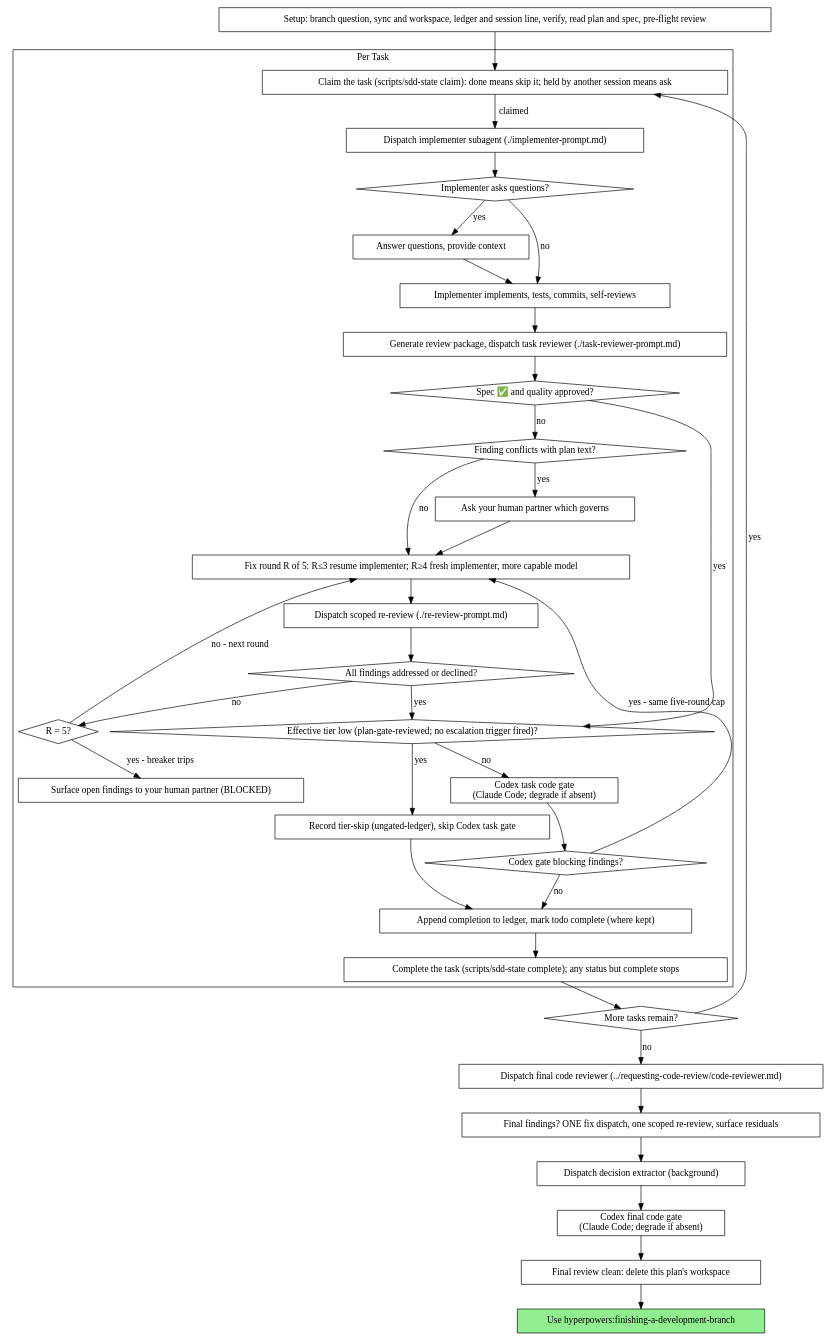
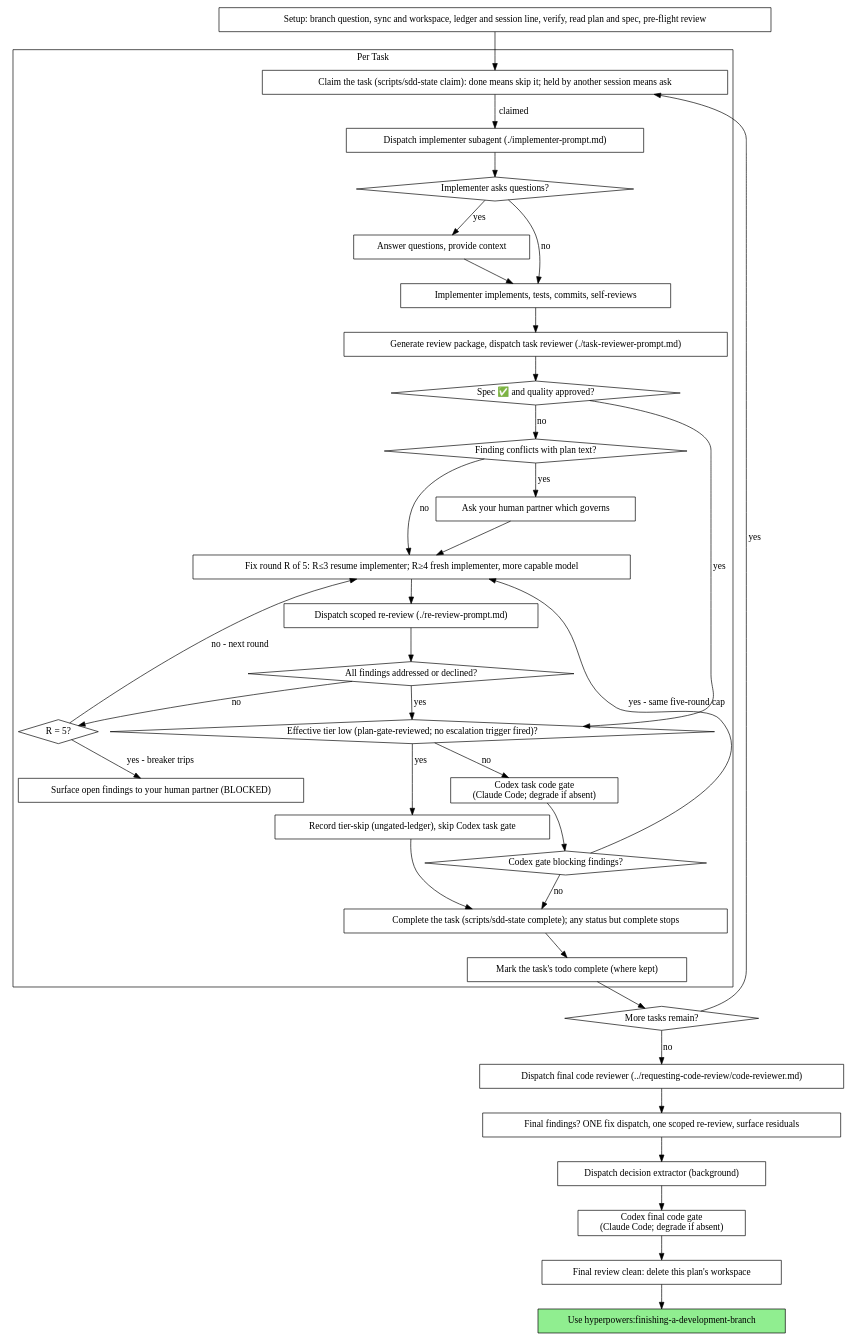
One commit to scott-arne/hyperpowers changed the second of 2 diagrams in skills/subagent-driven-development/SKILL.md. Above: the diagram before and after it, drawn with Graphviz. The commit also changed other lines of this file and 2 other files, not shown here.

Commit message:
fix(sdd): the task loop's graph and example show the completion helper, not a hand-written line

````diff
--- a/skills/subagent-driven-development/SKILL.md
+++ b/skills/subagent-driven-development/SKILL.md
@@ -51,73 +51,73 @@
 ```dot
 digraph process {
     rankdir=TB;
 
     subgraph cluster_per_task {
         label="Per Task";
         "Claim the task (scripts/sdd-state claim): done means skip it; held by another session means ask" [shape=box];
         "Dispatch implementer subagent (./implementer-prompt.md)" [shape=box];
         "Implementer asks questions?" [shape=diamond];
         "Answer questions, provide context" [shape=box];
         "Implementer implements, tests, commits, self-reviews" [shape=box];
         "Generate review package, dispatch task reviewer (./task-reviewer-prompt.md)" [shape=box];
         "Spec ✅ and quality approved?" [shape=diamond];
         "Finding conflicts with plan text?" [shape=diamond];
         "Ask your human partner which governs" [shape=box];
         "Fix round R of 5: R≤3 resume implementer; R≥4 fresh implementer, more capable model" [shape=box];
         "Dispatch scoped re-review (./re-review-prompt.md)" [shape=box];
         "All findings addressed or declined?" [shape=diamond];
         "R = 5?" [shape=diamond];
         "Surface open findings to your human partner (BLOCKED)" [shape=box];
         "Effective tier low (plan-gate-reviewed; no escalation trigger fired)?" [shape=diamond];
         "Record tier-skip (ungated-ledger), skip Codex task gate" [shape=box];
         "Codex task code gate\n(Claude Code; degrade if absent)" [shape=box];
         "Codex gate blocking findings?" [shape=diamond];
-        "Append completion to ledger, mark todo complete (where kept)" [shape=box];
         "Complete the task (scripts/sdd-state complete); any status but complete stops" [shape=box];
+        "Mark the task's todo complete (where kept)" [shape=box];
     }
 
     "Setup: branch question, sync and workspace, ledger and session line, verify, read plan and spec, pre-flight review" [shape=box];
     "More tasks remain?" [shape=diamond];
     "Dispatch final code reviewer (../requesting-code-review/code-reviewer.md)" [shape=box];
     "Final findings? ONE fix dispatch, one scoped re-review, surface residuals" [shape=box];
     "Dispatch decision extractor (background)" [shape=box];
     "Codex final code gate\n(Claude Code; degrade if absent)" [shape=box];
     "Final review clean: delete this plan's workspace" [shape=box];
     "Use hyperpowers:finishing-a-development-branch" [shape=box style=filled fillcolor=lightgreen];
 
     "Setup: branch question, sync and workspace, ledger and session line, verify, read plan and spec, pre-flight review" -> "Claim the task (scripts/sdd-state claim): done means skip it; held by another session means ask";
     "Claim the task (scripts/sdd-state claim): done means skip it; held by another session means ask" -> "Dispatch implementer subagent (./implementer-prompt.md)" [label="claimed"];
     "Dispatch implementer subagent (./implementer-prompt.md)" -> "Implementer asks questions?";
     "Implementer asks questions?" -> "Answer questions, provide context" [label="yes"];
     "Answer questions, provide context" -> "Implementer implements, tests, commits, self-reviews";
     "Implementer asks questions?" -> "Implementer implements, tests, commits, self-reviews" [label="no"];
     "Implementer implements, tests, commits, self-reviews" -> "Generate review package, dispatch task reviewer (./task-reviewer-prompt.md)";
     "Generate review package, dispatch task reviewer (./task-reviewer-prompt.md)" -> "Spec ✅ and quality approved?";
     "Spec ✅ and quality approved?" -> "Effective tier low (plan-gate-reviewed; no escalation trigger fired)?" [label="yes"];
     "Spec ✅ and quality approved?" -> "Finding conflicts with plan text?" [label="no"];
     "Finding conflicts with plan text?" -> "Ask your human partner which governs" [label="yes"];
     "Ask your human partner which governs" -> "Fix round R of 5: R≤3 resume implementer; R≥4 fresh implementer, more capable model";
     "Finding conflicts with plan text?" -> "Fix round R of 5: R≤3 resume implementer; R≥4 fresh implementer, more capable model" [label="no"];
     "Fix round R of 5: R≤3 resume implementer; R≥4 fresh implementer, more capable model" -> "Dispatch scoped re-review (./re-review-prompt.md)";
     "Dispatch scoped re-review (./re-review-prompt.md)" -> "All findings addressed or declined?";
     "All findings addressed or declined?" -> "Effective tier low (plan-gate-reviewed; no escalation trigger fired)?" [label="yes"];
     "All findings addressed or declined?" -> "R = 5?" [label="no"];
     "R = 5?" -> "Fix round R of 5: R≤3 resume implementer; R≥4 fresh implementer, more capable model" [label="no - next round"];
     "R = 5?" -> "Surface open findings to your human partner (BLOCKED)" [label="yes - breaker trips"];
     "Effective tier low (plan-gate-reviewed; no escalation trigger fired)?" -> "Record tier-skip (ungated-ledger), skip Codex task gate" [label="yes"];
-    "Record tier-skip (ungated-ledger), skip Codex task gate" -> "Append completion to ledger, mark todo complete (where kept)";
+    "Record tier-skip (ungated-ledger), skip Codex task gate" -> "Complete the task (scripts/sdd-state complete); any status but complete stops";
     "Effective tier low (plan-gate-reviewed; no escalation trigger fired)?" -> "Codex task code gate\n(Claude Code; degrade if absent)" [label="no"];
     "Codex task code gate\n(Claude Code; degrade if absent)" -> "Codex gate blocking findings?";
     "Codex gate blocking findings?" -> "Fix round R of 5: R≤3 resume implementer; R≥4 fresh implementer, more capable model" [label="yes - same five-round cap"];
-    "Codex gate blocking findings?" -> "Append completion to ledger, mark todo complete (where kept)" [label="no"];
-    "Append completion to ledger, mark todo complete (where kept)" -> "Complete the task (scripts/sdd-state complete); any status but complete stops";
-    "Complete the task (scripts/sdd-state complete); any status but complete stops" -> "More tasks remain?";
+    "Codex gate blocking findings?" -> "Complete the task (scripts/sdd-state complete); any status but complete stops" [label="no"];
+    "Complete the task (scripts/sdd-state complete); any status but complete stops" -> "Mark the task's todo complete (where kept)";
+    "Mark the task's todo complete (where kept)" -> "More tasks remain?";
     "More tasks remain?" -> "Claim the task (scripts/sdd-state claim): done means skip it; held by another session means ask" [label="yes"];
     "More tasks remain?" -> "Dispatch final code reviewer (../requesting-code-review/code-reviewer.md)" [label="no"];
     "Dispatch final code reviewer (../requesting-code-review/code-reviewer.md)" -> "Final findings? ONE fix dispatch, one scoped re-review, surface residuals";
     "Final findings? ONE fix dispatch, one scoped re-review, surface residuals" -> "Dispatch decision extractor (background)";
     "Dispatch decision extractor (background)" -> "Codex final code gate\n(Claude Code; degrade if absent)";
     "Codex final code gate\n(Claude Code; degrade if absent)" -> "Final review clean: delete this plan's workspace";
     "Final review clean: delete this plan's workspace" -> "Use hyperpowers:finishing-a-development-branch";
 }
 ```
````
